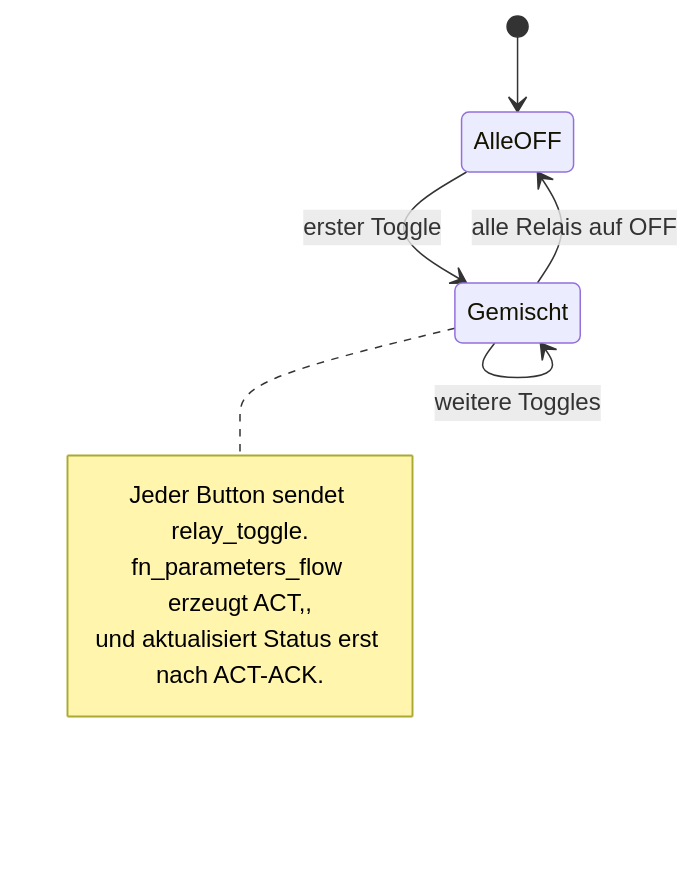
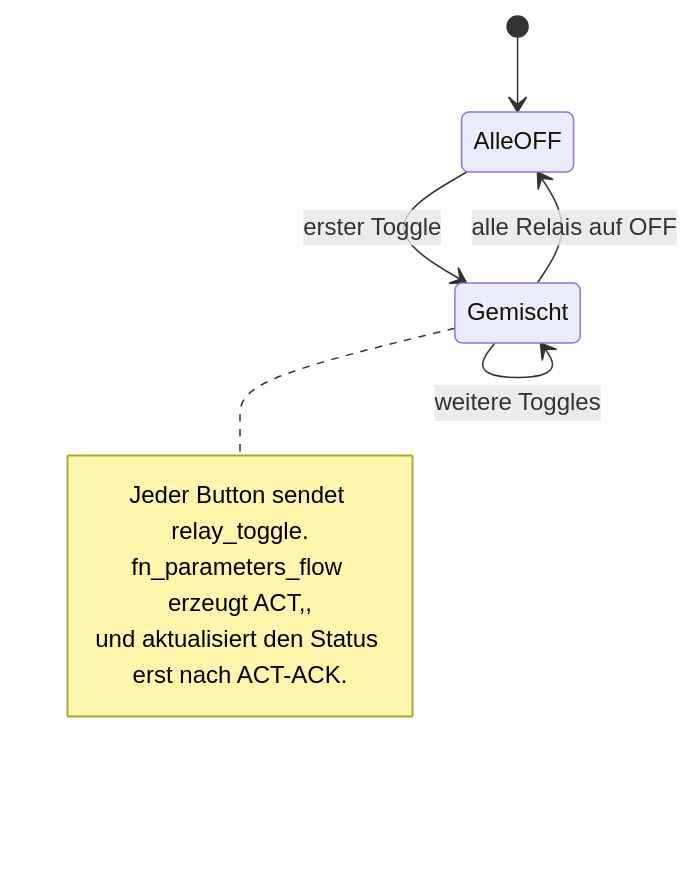
Before and after one commit to HerrnDK/Projekt: diagram 11 of 13 in nodered/flows/FLOW_ARCHITEKTUR_PLAN.md, drawn with Mermaid. The commit also changed other lines of this file and 11 other files, not shown here.

````diff
--- a/nodered/flows/FLOW_ARCHITEKTUR_PLAN.md
+++ b/nodered/flows/FLOW_ARCHITEKTUR_PLAN.md
@@ -229,13 +229,13 @@
 ```mermaid
 stateDiagram-v2
   [*] --> AlleOFF
   AlleOFF --> Gemischt: erster Toggle
   Gemischt --> Gemischt: weitere Toggles
   Gemischt --> AlleOFF: alle Relais auf OFF
 
   note right of Gemischt
     Jeder Button sendet relay_toggle.
     fn_parameters_flow erzeugt ACT,<pin>,<state>
-    und aktualisiert Status erst nach ACT-ACK.
+    und aktualisiert den Status erst nach ACT-ACK.
   end note
 ```
````
